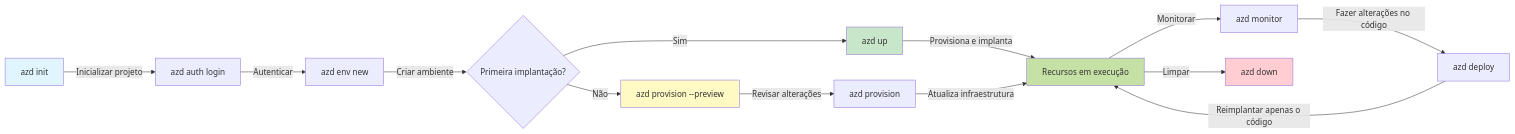
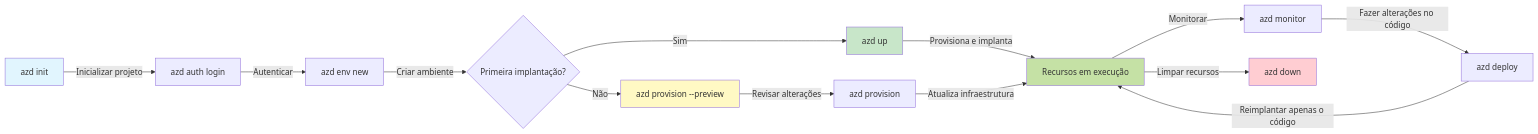
One commit to microsoft/AZD-for-beginners changed the first of 2 diagrams in translations/pt-BR/docs/chapter-01-foundation/azd-basics.md. Above: the diagram before and after it, drawn with Mermaid. The commit also changed other lines of this file and 101 other files, not shown here.

````diff
--- a/translations/pt-BR/docs/chapter-01-foundation/azd-basics.md
+++ b/translations/pt-BR/docs/chapter-01-foundation/azd-basics.md
@@ -254,21 +269,21 @@
 ```mermaid
 graph LR
     A[azd init] -->|Inicializar projeto| B[azd auth login]
     B -->|Autenticar| C[azd env new]
     C -->|Criar ambiente| D{Primeira implantação?}
     D -->|Sim| E[azd up]
     D -->|Não| F[azd provision --preview]
     F -->|Revisar alterações| G[azd provision]
     E -->|Provisiona e implanta| H[Recursos em execução]
     G -->|Atualiza infraestrutura| H
     H -->|Monitorar| I[azd monitor]
     I -->|Fazer alterações no código| J[azd deploy]
     J -->|Reimplantar apenas o código| H
-    H -->|Limpar| K[azd down]
+    H -->|Limpar recursos| K[azd down]
     
     style A fill:#e1f5fe
     style E fill:#c8e6c9
     style F fill:#fff9c4
     style H fill:#c5e1a5
     style K fill:#ffcdd2
 ```
````
